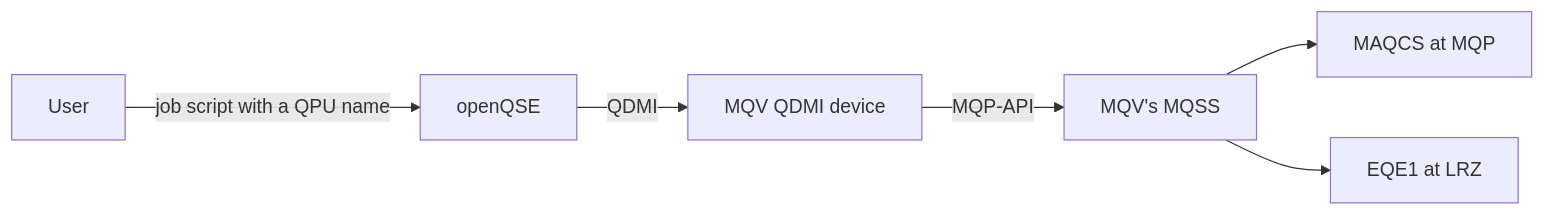
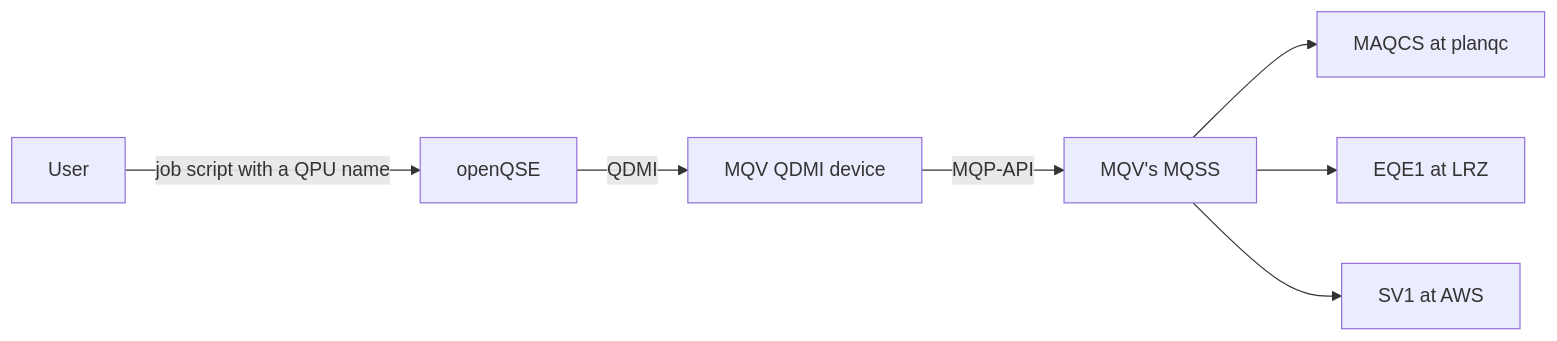
Before and after one commit to Quantum-Pathway/sc26-mqv-demo: the diagram in demo.md, drawn with Mermaid. The commit also changed other lines of this file and 1 other file, not shown here.

First line of the commit message:
Demo: three single-QPU cases MAQCS, EQE1 and AWS; two-QPU case removed

````diff
--- a/demo.md
+++ b/demo.md
@@ -8,8 +8,9 @@
 ```mermaid
 flowchart LR
   user["User"] -- "job script with a QPU name" --> openqse["openQSE"]
   openqse -- "QDMI" --> device["MQV QDMI device"]
   device -- "MQP-API" --> mqss["MQV's MQSS"]
-  mqss --> maqcs["MAQCS at MQP"]
+  mqss --> maqcs["MAQCS at planqc"]
   mqss --> eqe1["EQE1 at LRZ"]
+  mqss --> aws["SV1 at AWS"]
 ```
````
